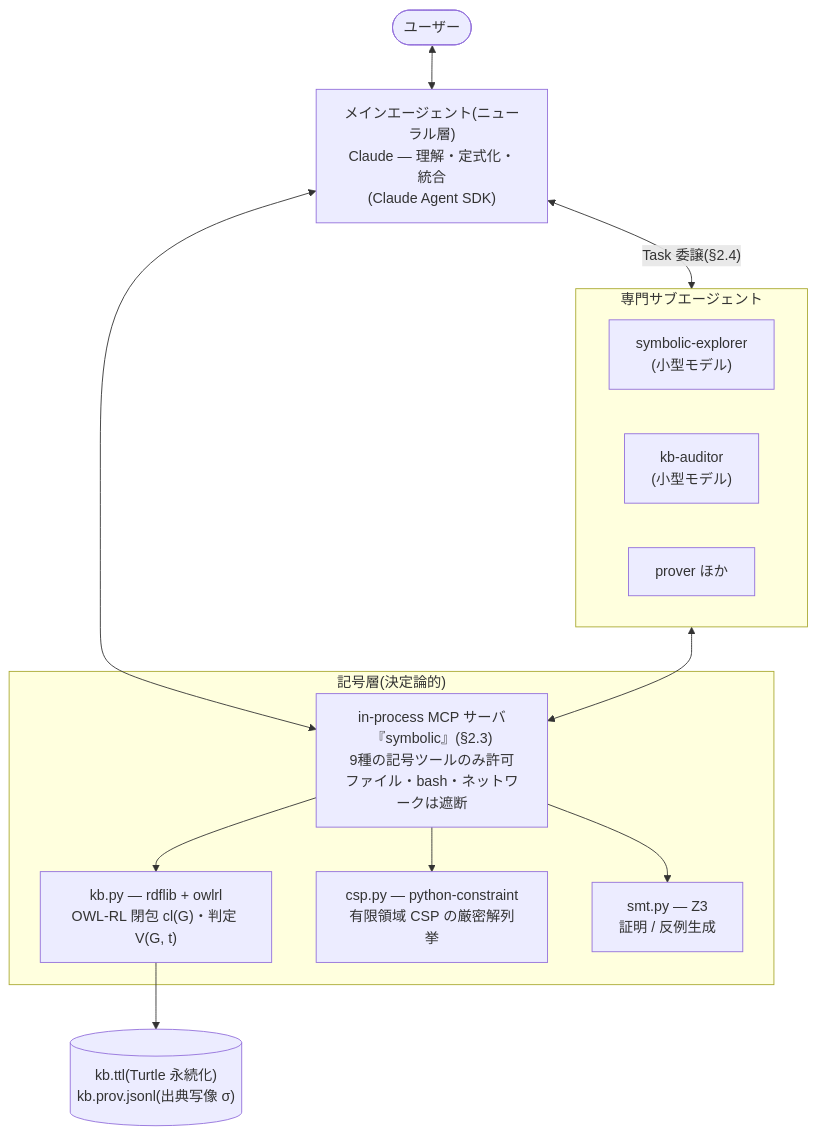
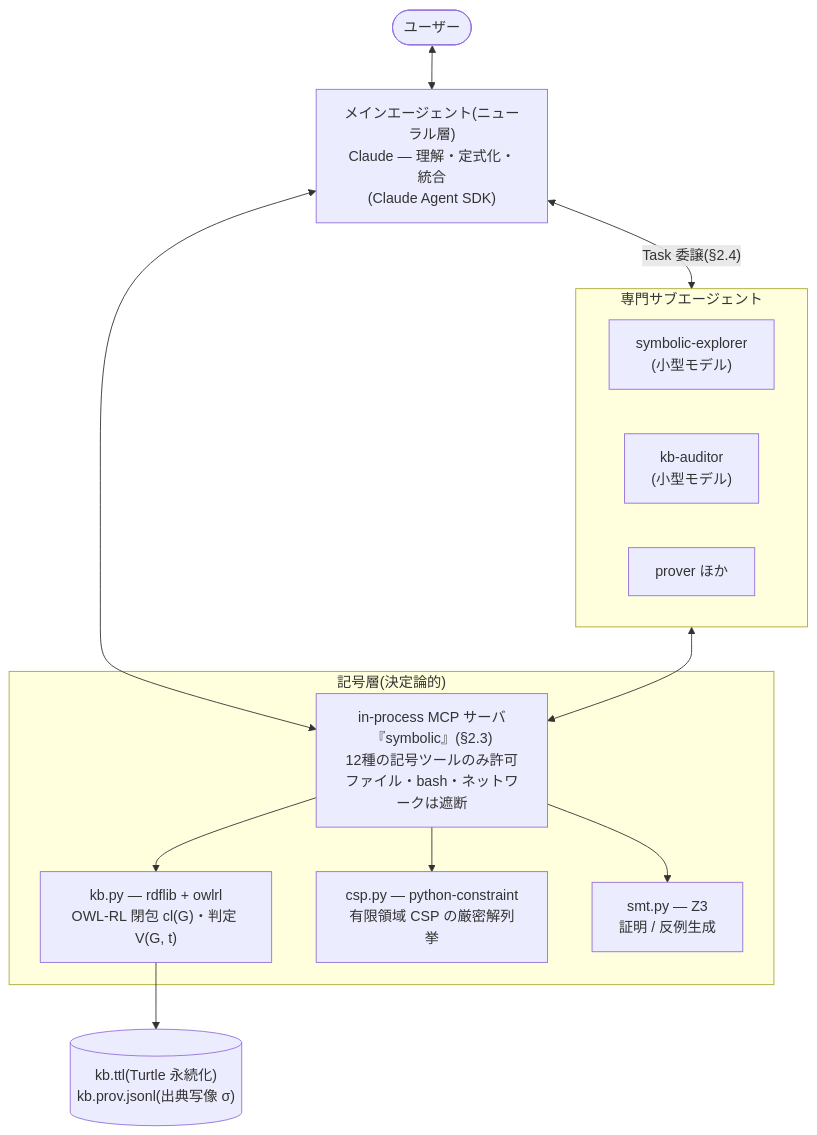
One commit to HNakamura33/neuro-symbolic-ai changed the first of 6 diagrams in docs/paper-draft.md. Above: the diagram before and after it, drawn with Mermaid. The commit also changed other lines of this file, not shown here.

````diff
--- a/docs/paper-draft.md
+++ b/docs/paper-draft.md
@@ -48,24 +53,24 @@
 ```mermaid
 flowchart TB
     User([ユーザー]) <--> Agent["メインエージェント(ニューラル層)<br/>Claude — 理解・定式化・統合<br/>(Claude Agent SDK)"]
 
     Agent <-- "Task 委譲(§2.4)" --> Sub
 
     subgraph Sub["専門サブエージェント"]
         direction LR
         EX["symbolic-explorer<br/>(小型モデル)"]
         AU["kb-auditor<br/>(小型モデル)"]
         PR["prover ほか"]
     end
 
-    Agent <--> MCP["in-process MCP サーバ『symbolic』(§2.3)<br/>9種の記号ツールのみ許可<br/>ファイル・bash・ネットワークは遮断"]
+    Agent <--> MCP["in-process MCP サーバ『symbolic』(§2.3)<br/>12種の記号ツールのみ許可<br/>ファイル・bash・ネットワークは遮断"]
     Sub <--> MCP
 
     subgraph Symbolic["記号層(決定論的)"]
         MCP --> KB["kb.py — rdflib + owlrl<br/>OWL-RL 閉包 cl(G)・判定 V(G, t)"]
         MCP --> CSP["csp.py — python-constraint<br/>有限領域 CSP の厳密解列挙"]
         MCP --> SMT["smt.py — Z3<br/>証明 / 反例生成"]
     end
 
     KB --> TTL[("kb.ttl(Turtle 永続化)<br/>kb.prov.jsonl(出典写像 σ)")]
 ```
````
